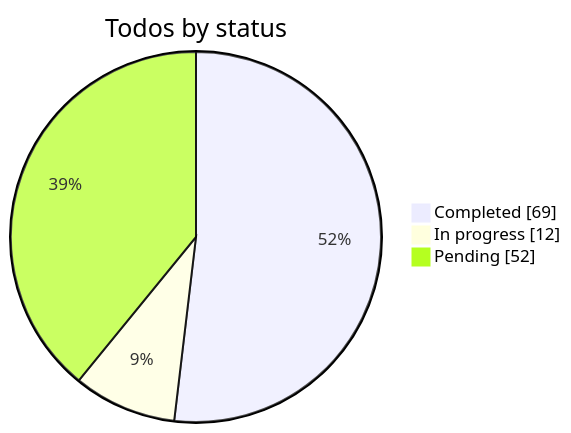
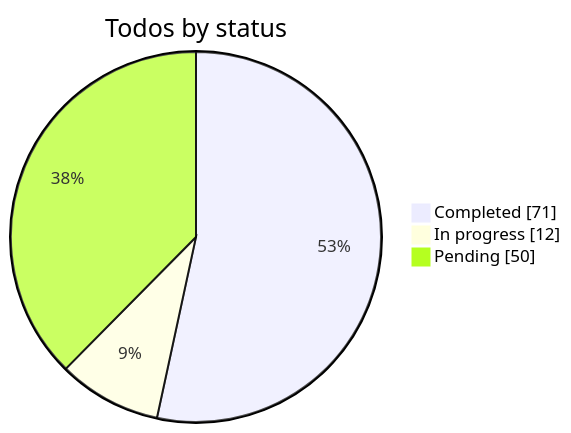
Before and after one commit to KantaPaul/next-cms: the diagram in .cursor/plans/custom_builder_engine_refs.plan.md, drawn with Mermaid. The commit also changed other lines of this file and 6 other files, not shown here.

````diff
--- a/.cursor/plans/custom_builder_engine_refs.plan.md
+++ b/.cursor/plans/custom_builder_engine_refs.plan.md
@@ -427,6 +427,6 @@
 ```mermaid
 pie showData title Todos by status
-  "Completed" : 69
+  "Completed" : 71
   "In progress" : 12
-  "Pending" : 52
+  "Pending" : 50
 ```
````
